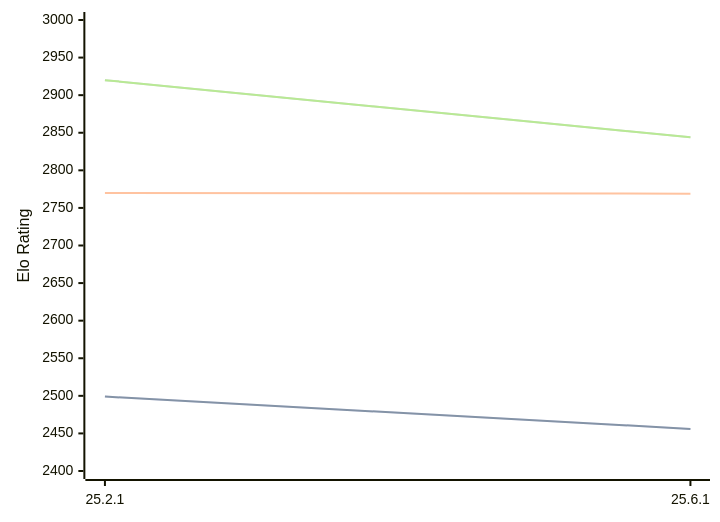
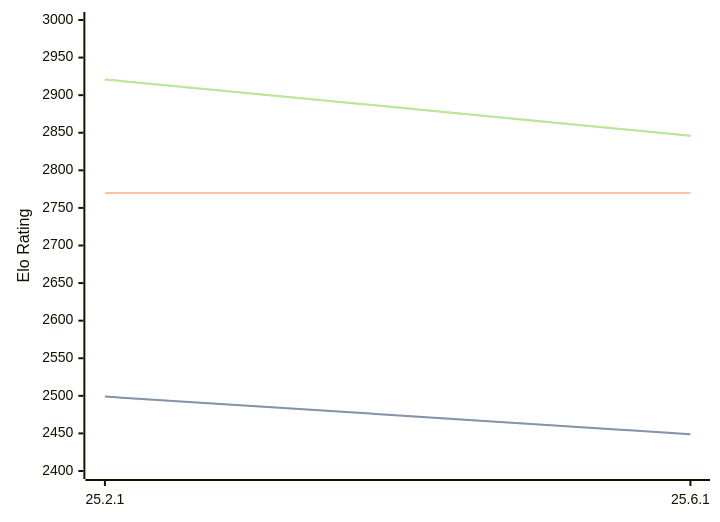
One commit to computer-chess-index/cci changed the diagram in engines/Crafty.md. Above: the diagram before and after it, drawn with Mermaid. The commit also changed other lines of this file, not shown here.

Commit message:
Update CCI Ratings (ELO VLTC) - 2026-07-24

````diff
--- a/engines/Crafty.md
+++ b/engines/Crafty.md
@@ -32,11 +32,11 @@
 ```mermaid
 %%{init: {"theme":"base","themeVariables":{"seriesColors:['#a3a3a3','#222221','#faa371']}}}%%
 xychart-beta
   x-axis ["25.2.1", "25.6.1"]
   y-axis "Elo Rating" 2400 --> 3000
-  line "STC (8.0+0.08s)" [2499, 2456]
-  line "STC (8.0+0.08s)" [2499, 2456]
-  line "LTC (60.0+0.60s)" [2770, 2769]
-  line "VLTC (2m24s+1.12s)" [2920, 2844]
-  line "VLTC (2m24s+1.12s)" [2920, 2844]
+  line "STC (8.0+0.08s)" [2499, 2449]
+  line "STC (8.0+0.08s)" [2499, 2449]
+  line "LTC (60.0+0.60s)" [2770, 2770]
+  line "VLTC (2m24s+1.12s)" [2921, 2846]
+  line "VLTC (2m24s+1.12s)" [2921, 2846]
 ```
````
